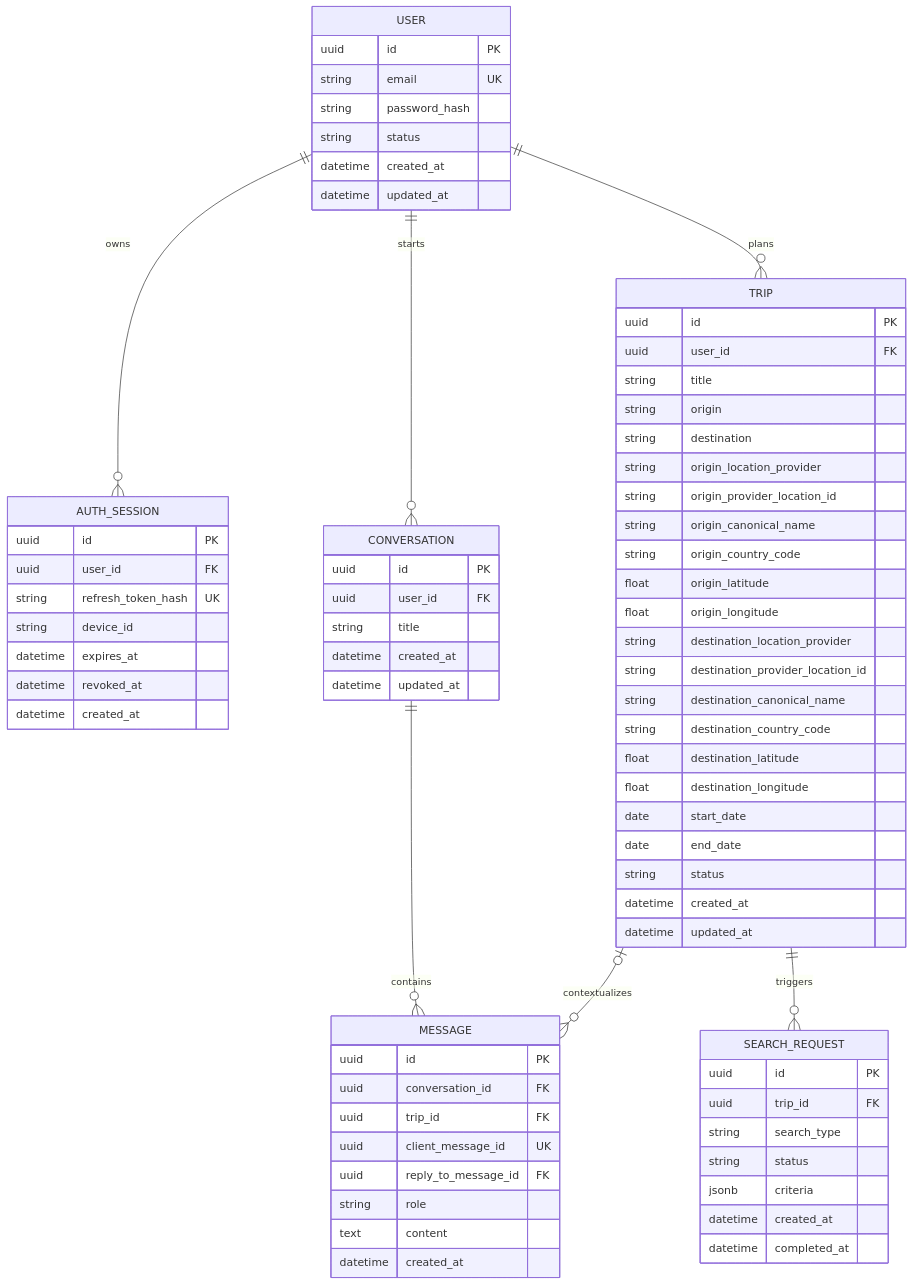
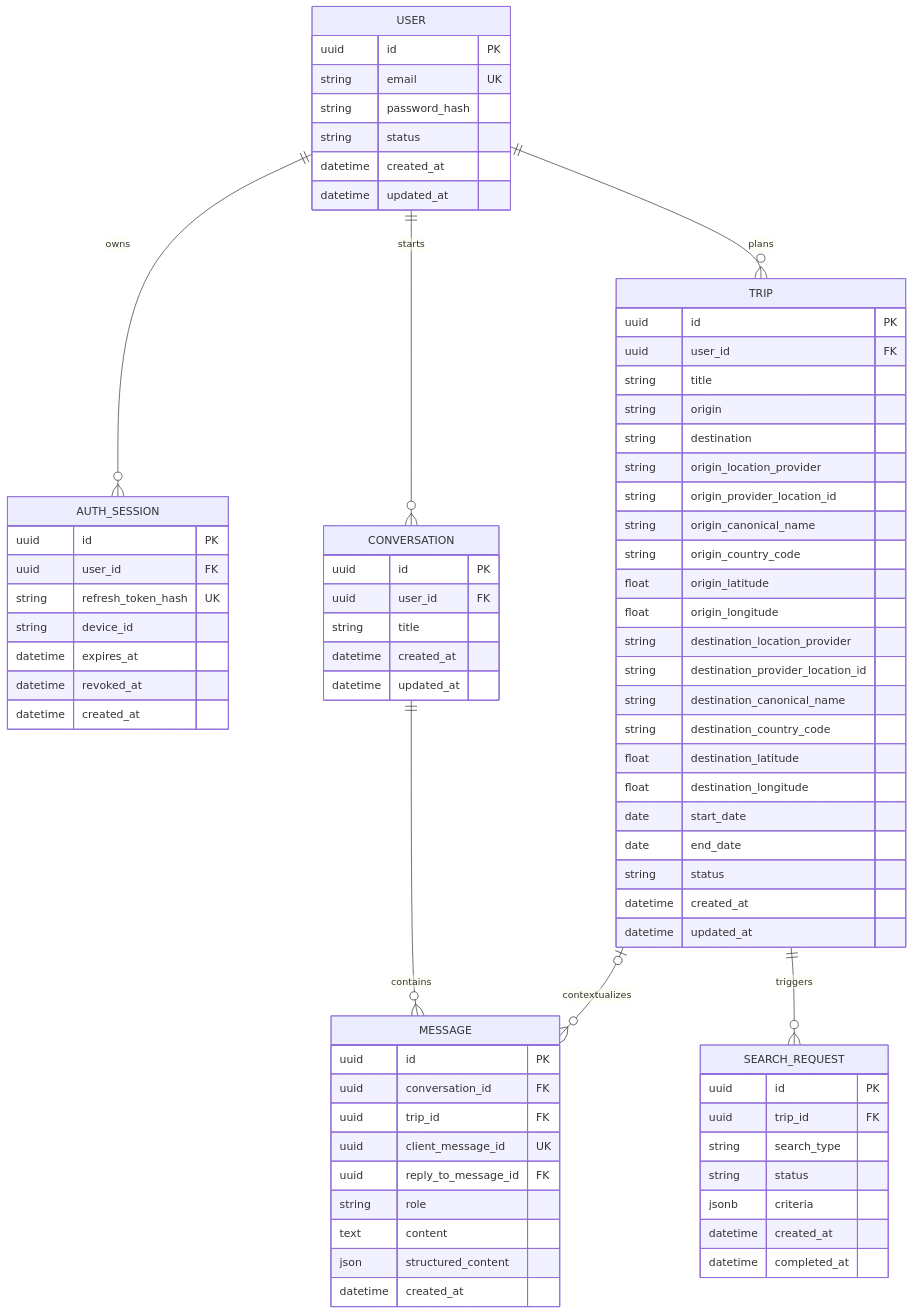
The first of 2 diagrams in docs/database.md (manipoint/map-server), drawn with Mermaid before and after one commit. The commit also changed other lines of this file and 33 other files, not shown here.

````diff
--- a/docs/database.md
+++ b/docs/database.md
@@ -36,77 +36,78 @@
 ```mermaid
 erDiagram
     USER ||--o{ AUTH_SESSION : owns
     USER ||--o{ CONVERSATION : starts
     USER ||--o{ TRIP : plans
     CONVERSATION ||--o{ MESSAGE : contains
     TRIP o|--o{ MESSAGE : contextualizes
     TRIP ||--o{ SEARCH_REQUEST : triggers
 
     USER {
         uuid id PK
         string email UK
         string password_hash
         string status
         datetime created_at
         datetime updated_at
     }
     AUTH_SESSION {
         uuid id PK
         uuid user_id FK
         string refresh_token_hash UK
         string device_id
         datetime expires_at
         datetime revoked_at
         datetime created_at
     }
     CONVERSATION {
         uuid id PK
         uuid user_id FK
         string title
         datetime created_at
         datetime updated_at
     }
     MESSAGE {
         uuid id PK
         uuid conversation_id FK
         uuid trip_id FK
         uuid client_message_id UK
         uuid reply_to_message_id FK
         string role
         text content
+        json structured_content
         datetime created_at
     }
     TRIP {
         uuid id PK
         uuid user_id FK
         string title
         string origin
         string destination
         string origin_location_provider
         string origin_provider_location_id
         string origin_canonical_name
         string origin_country_code
         float origin_latitude
         float origin_longitude
         string destination_location_provider
         string destination_provider_location_id
         string destination_canonical_name
         string destination_country_code
         float destination_latitude
         float destination_longitude
         date start_date
         date end_date
         string status
         datetime created_at
         datetime updated_at
     }
     SEARCH_REQUEST {
         uuid id PK
         uuid trip_id FK
         string search_type
         string status
         jsonb criteria
         datetime created_at
         datetime completed_at
     }
 ```
````
